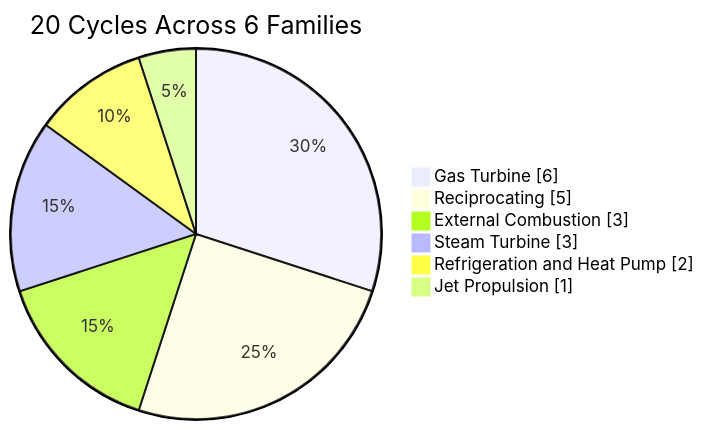
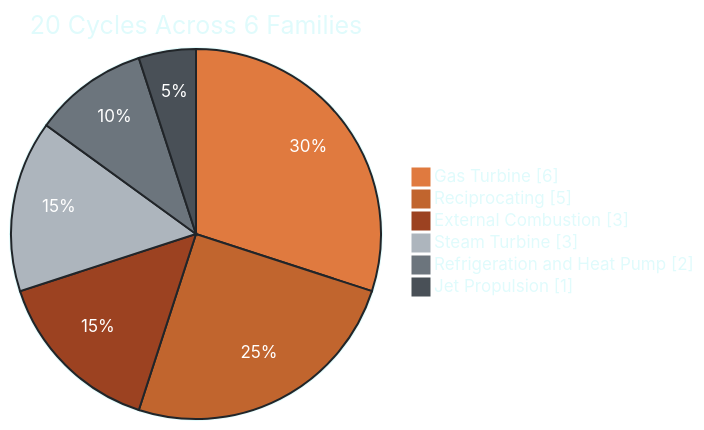
Before and after one commit to fraisasghar/TAS-Thermodynamic-Analysis-Studio: the second of 2 diagrams in README.md, drawn with Mermaid. The commit also changed other lines of this file, not shown here.

````diff
--- a/README.md
+++ b/README.md
@@ -149,10 +160,11 @@
 ```mermaid
+%%{init: {'theme':'base', 'themeVariables': { 'pieOuterStrokeColor':'#e0fbfc', 'pieSectionTextColor':'#ffffff', 'pieTitleTextColor':'#e0fbfc', 'pieStrokeColor':'#212529', 'pieLegendTextColor':'#e0fbfc', 'pieOpacity':'1', 'pie1':'#e07a3f', 'pie2':'#c1652e', 'pie3':'#9c4221', 'pie4':'#adb5bd', 'pie5':'#6c757d', 'pie6':'#495057'}}}%%
 pie showData
     title 20 Cycles Across 6 Families
     "Gas Turbine" : 6
     "Reciprocating" : 5
     "External Combustion" : 3
     "Steam Turbine" : 3
     "Refrigeration and Heat Pump" : 2
     "Jet Propulsion" : 1
 ```
````
